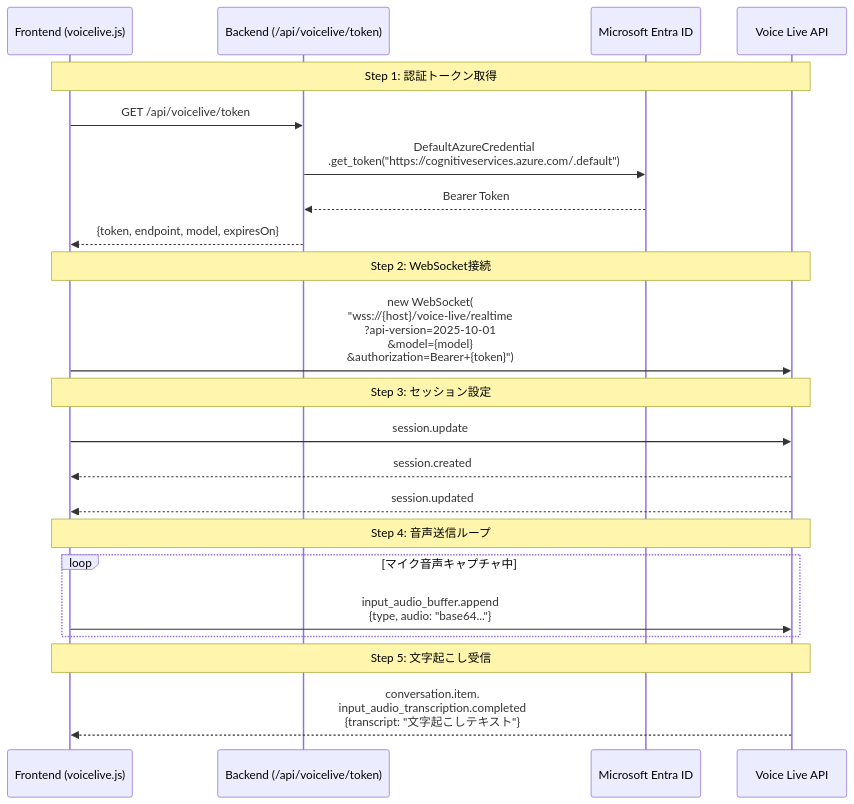
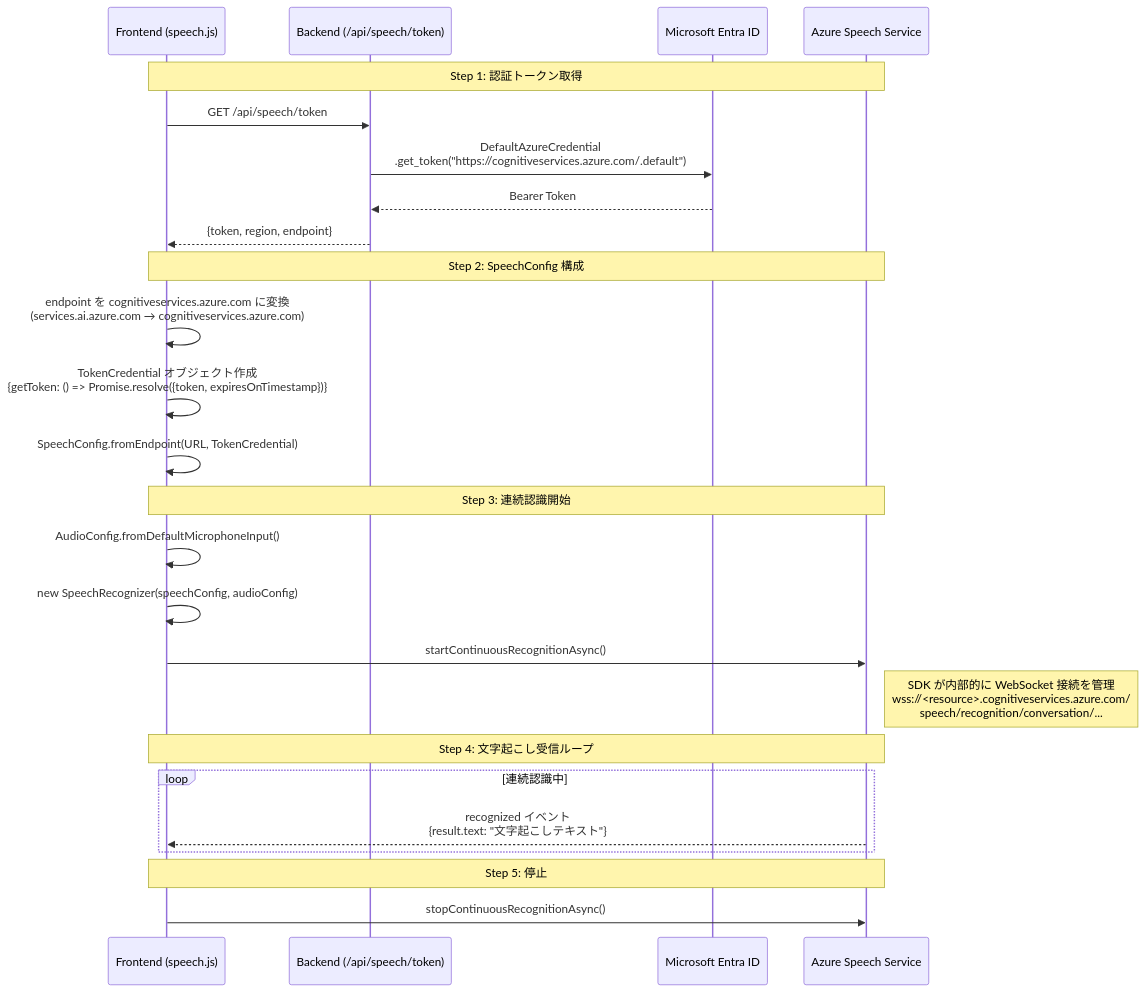
Diagram 14 of 22 in spec/architecture.md (hatasaki/Interview-Assistant-AI), drawn with Mermaid before and after one commit. The commit also changed other lines of this file and 12 other files, not shown here.

Commit message:
Refactor architecture to integrate Azure Speech SDK for transcription

````diff
--- a/spec/architecture.md
+++ b/spec/architecture.md
@@ -614,29 +597,32 @@
 ```mermaid
 sequenceDiagram
-    participant FE as Frontend (voicelive.js)
-    participant BE as Backend (/api/voicelive/token)
+    participant FE as Frontend (speech.js)
+    participant BE as Backend (/api/speech/token)
     participant EntraID as Microsoft Entra ID
-    participant VL as Voice Live API
+    participant Speech as Azure Speech Service
 
-    Note over FE,VL: Step 1: 認証トークン取得
-    FE->>BE: GET /api/voicelive/token
+    Note over FE,Speech: Step 1: 認証トークン取得
+    FE->>BE: GET /api/speech/token
     BE->>EntraID: DefaultAzureCredential<br/>.get_token("https://cognitiveservices.azure.com/.default")
     EntraID-->>BE: Bearer Token
-    BE-->>FE: {token, endpoint, model, expiresOn}
+    BE-->>FE: {token, region, endpoint}
 
-    Note over FE,VL: Step 2: WebSocket接続
-    FE->>VL: new WebSocket(<br/>"wss://{host}/voice-live/realtime<br/>?api-version=2025-10-01<br/>&model={model}<br/>&authorization=Bearer+{token}")
+    Note over FE,Speech: Step 2: SpeechConfig 構成
+    FE->>FE: endpoint を cognitiveservices.azure.com に変換<br/>(services.ai.azure.com → cognitiveservices.azure.com)
+    FE->>FE: TokenCredential オブジェクト作成<br/>{getToken: () => Promise.resolve({token, expiresOnTimestamp})}
+    FE->>FE: SpeechConfig.fromEndpoint(URL, TokenCredential)
 
-    Note over FE,VL: Step 3: セッション設定
-    FE->>VL: session.update
-    VL-->>FE: session.created
-    VL-->>FE: session.updated
+    Note over FE,Speech: Step 3: 連続認識開始
+    FE->>FE: AudioConfig.fromDefaultMicrophoneInput()
+    FE->>FE: new SpeechRecognizer(speechConfig, audioConfig)
+    FE->>Speech: startContinuousRecognitionAsync()
+    Note right of Speech: SDK が内部的に WebSocket 接続を管理<br/>wss://<resource>.cognitiveservices.azure.com/<br/>speech/recognition/conversation/...
 
-    Note over FE,VL: Step 4: 音声送信ループ
-    loop マイク音声キャプチャ中
-        FE->>VL: input_audio_buffer.append<br/>{type, audio: "base64..."}
+    Note over FE,Speech: Step 4: 文字起こし受信ループ
+    loop 連続認識中
+        Speech-->>FE: recognized イベント<br/>{result.text: "文字起こしテキスト"}
     end
 
-    Note over FE,VL: Step 5: 文字起こし受信
-    VL-->>FE: conversation.item.<br/>input_audio_transcription.completed<br/>{transcript: "文字起こしテキスト"}
+    Note over FE,Speech: Step 5: 停止
+    FE->>Speech: stopContinuousRecognitionAsync()
 ```
````
